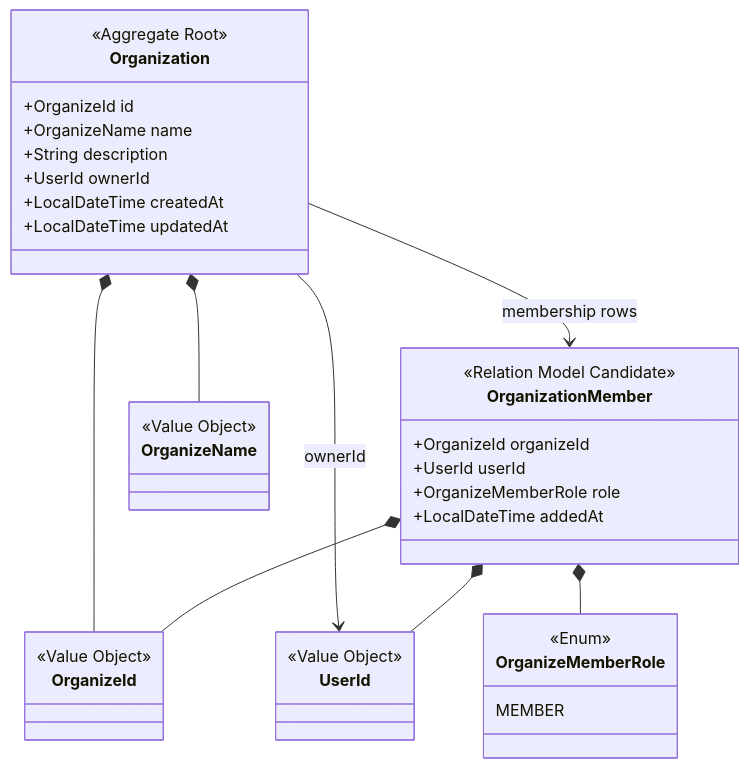
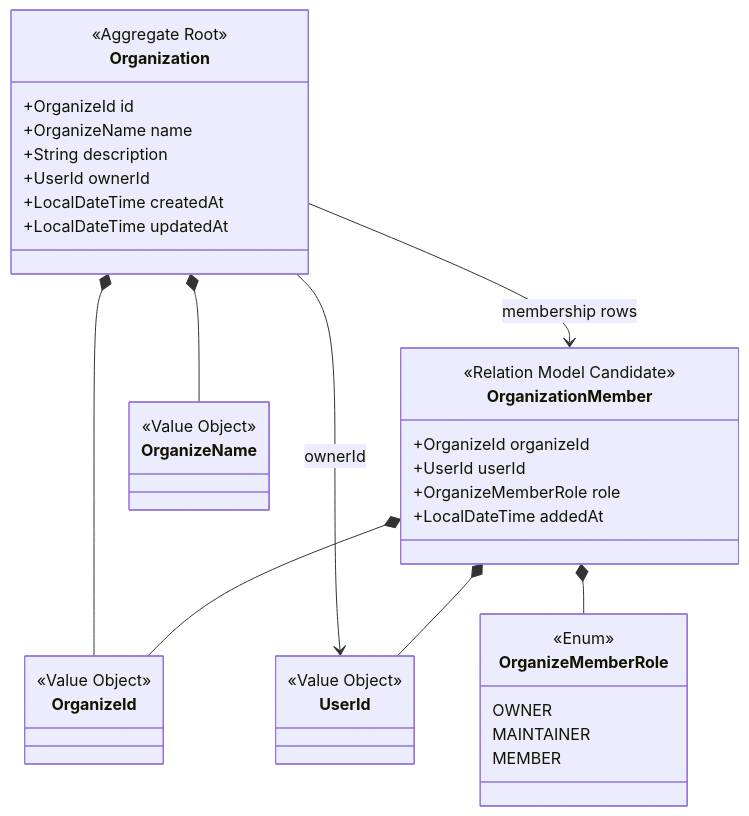
The first of 5 diagrams in docs/bounded-context/collaboration/diagrams.md (jgitkins/jgitkins), drawn with Mermaid before and after one commit. The commit also changed other lines of this file, not shown here.

First line of the commit message:
docs(collaboration): update the diagrams to the flow the code actually runs

````diff
--- a/docs/bounded-context/collaboration/diagrams.md
+++ b/docs/bounded-context/collaboration/diagrams.md
@@ -18,45 +18,47 @@
 ```mermaid
 classDiagram
     class Organization {
         <<Aggregate Root>>
         +OrganizeId id
         +OrganizeName name
         +String description
         +UserId ownerId
         +LocalDateTime createdAt
         +LocalDateTime updatedAt
     }
 
     class OrganizationMember {
         <<Relation Model Candidate>>
         +OrganizeId organizeId
         +UserId userId
         +OrganizeMemberRole role
         +LocalDateTime addedAt
     }
 
     class OrganizeId {
         <<Value Object>>
     }
 
     class OrganizeName {
         <<Value Object>>
     }
 
     class UserId {
         <<Value Object>>
     }
 
     class OrganizeMemberRole {
         <<Enum>>
+        OWNER
+        MAINTAINER
         MEMBER
     }
 
     Organization *-- OrganizeId
     Organization *-- OrganizeName
     Organization --> UserId : ownerId
     OrganizationMember *-- OrganizeId
     OrganizationMember *-- UserId
     OrganizationMember *-- OrganizeMemberRole
     Organization --> OrganizationMember : membership rows
 ```
````
